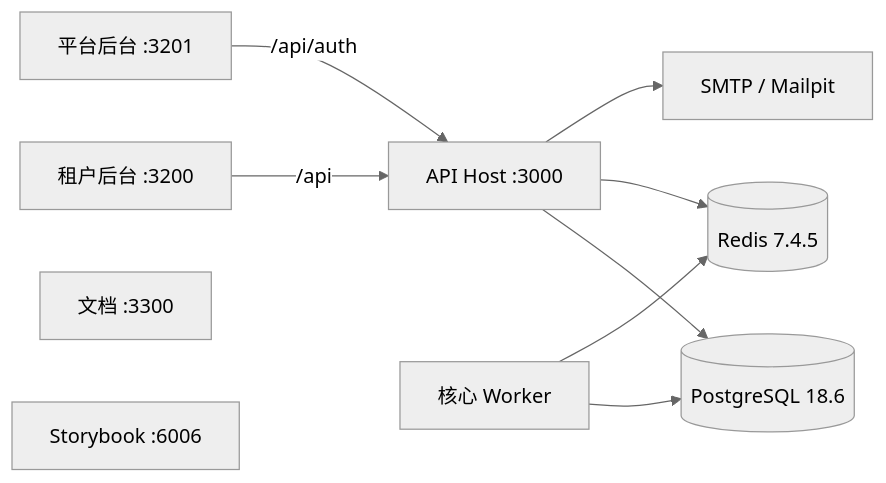
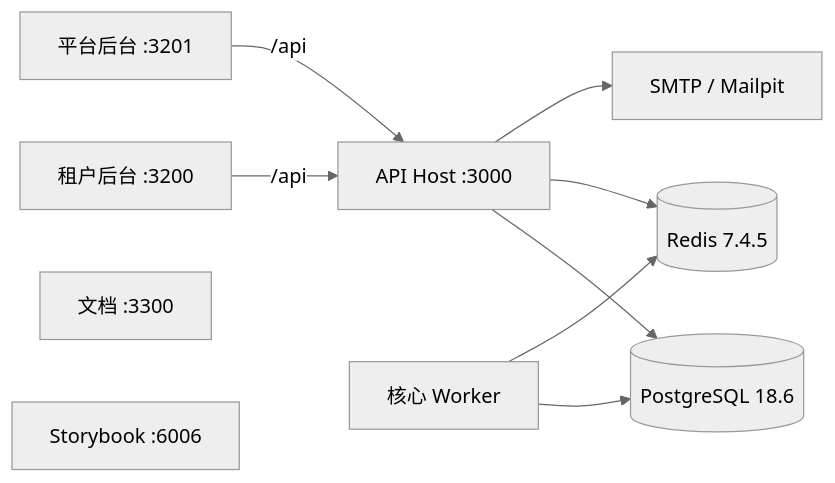
The diagram in README.md (huanancaoo/enterprise-admin), drawn with Mermaid (neutral theme) before and after one commit. The commit also changed other lines of this file and 3 other files, not shown here.

````diff
--- a/README.md
+++ b/README.md
@@ -47,12 +50,12 @@
 ```mermaid
 flowchart LR
   Tenant["租户后台 :3200"] -->|/api| API["API Host :3000"]
-  Platform["平台后台 :3201"] -->|/api/auth| API
+  Platform["平台后台 :3201"] -->|/api| API
   API --> PG[("PostgreSQL 18.6")]
   API --> Redis[("Redis 7.4.5")]
   API --> Mail["SMTP / Mailpit"]
   Worker["核心 Worker"] --> PG
   Worker --> Redis
   Docs["文档 :3300"]
   Storybook["Storybook :6006"]
 ```
````
